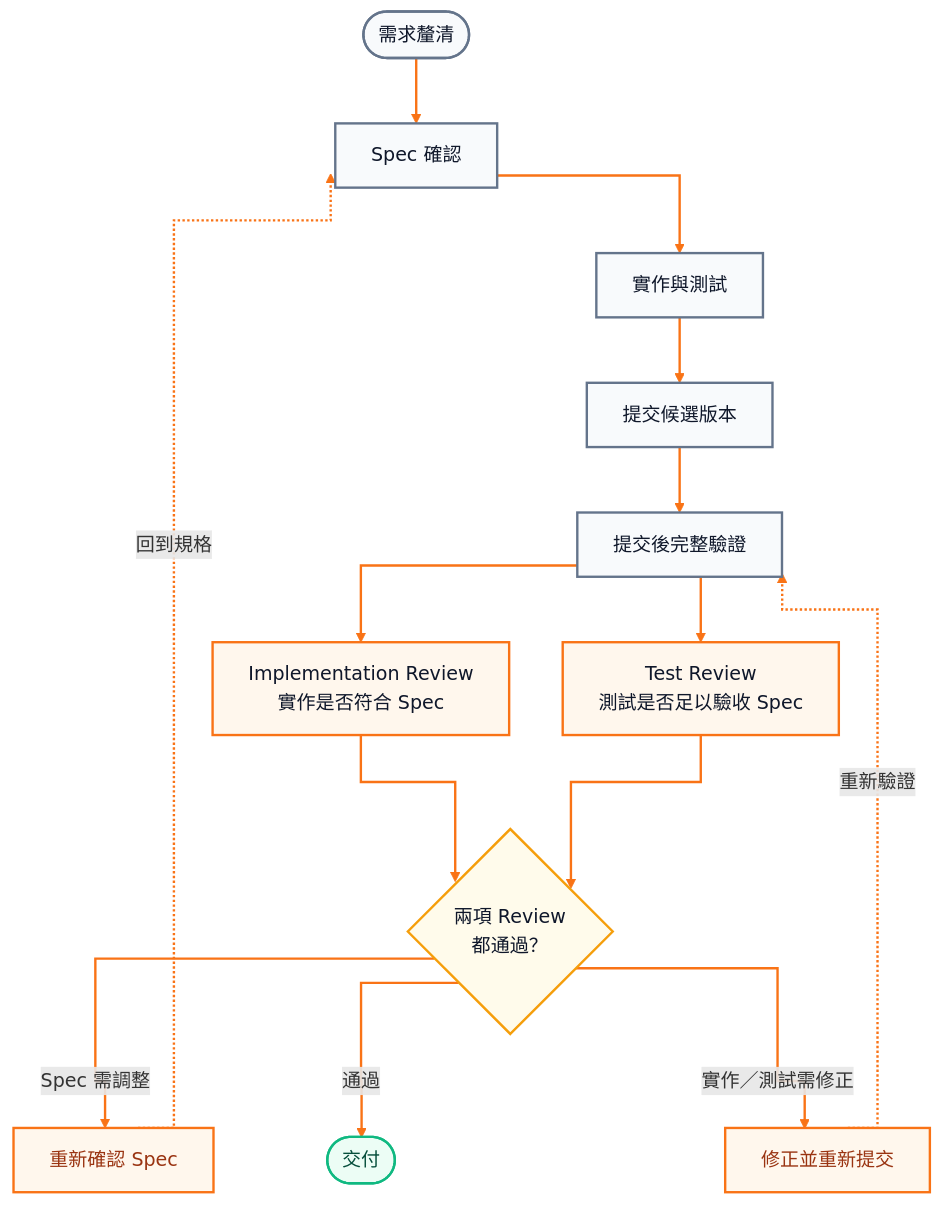
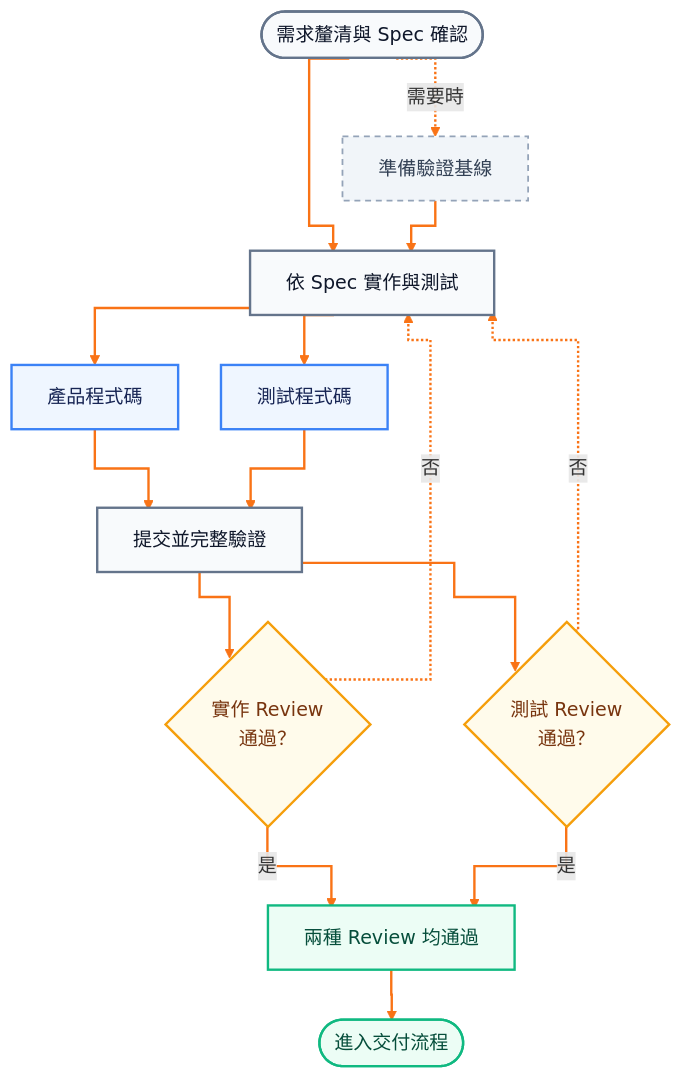
Before and after one commit to kof1016/trying-to-control-ai: the diagram in README.md, drawn with Mermaid. The commit also changed other lines of this file, not shown here.

````diff
--- a/README.md
+++ b/README.md
@@ -81,38 +25,42 @@
 ```mermaid
 %%{init: {
   "themeVariables": {
     "fontFamily": "Microsoft JhengHei, Noto Sans TC, Arial, sans-serif",
     "lineColor": "#F97316"
   },
   "flowchart": {
     "curve": "stepAfter",
-    "nodeSpacing": 45,
-    "rankSpacing": 55
+    "nodeSpacing": 36,
+    "rankSpacing": 42
   }
 }}%%
 flowchart TB
-    S([需求釐清]):::start --> P[Spec 確認]:::step
-    P --> I[實作與測試]:::step
-    I --> C[提交候選版本]:::step
-    C --> V[提交後完整驗證]:::step
+    S([需求釐清與 Spec 確認]):::start --> I[依 Spec 實作與測試]:::step
+    S -. 需要時 .-> E[準備驗證基線]:::optional
+    E --> I
 
-    V --> IR["Implementation Review<br/>實作是否符合 Spec"]:::review
-    V --> TR["Test Review<br/>測試是否足以驗收 Spec"]:::review
-    IR --> Q{"兩項 Review<br/>都通過？"}:::decision
-    TR --> Q
+    I --> C[產品程式碼]:::artifact
+    I --> T[測試程式碼]:::artifact
+    C --> V[提交並完整驗證]:::validation
+    T --> V
 
-    Q -->|Spec 需調整| SF[重新確認 Spec]:::fix
-    Q -->|通過| G([交付]):::delivery
-    Q -->|實作／測試需修正| CF[修正並重新提交]:::fix
+    V --> IR{"實作 Review<br/>通過？"}:::decision
+    V --> TR{"測試 Review<br/>通過？"}:::decision
 
-    SF -. 回到規格 .-> P
-    CF -. 重新驗證 .-> V
+    IR -->|是| OK[兩種 Review 均通過]:::passed
+    TR -->|是| OK
+    IR -. 否 .-> I
+    TR -. 否 .-> I
+
+    OK --> D([進入交付流程]):::delivery
 
     classDef start fill:#F8FAFC,stroke:#64748B,color:#0F172A,stroke-width:2px;
+    classDef optional fill:#F1F5F9,stroke:#94A3B8,color:#334155,stroke-width:1.5px,stroke-dasharray:5 4;
     classDef step fill:#F8FAFC,stroke:#64748B,color:#0F172A,stroke-width:2px;
-    classDef review fill:#FFF7ED,stroke:#F97316,color:#0F172A,stroke-width:2px;
-    classDef decision fill:#FFFBEB,stroke:#F59E0B,color:#0F172A,stroke-width:2px;
-    classDef fix fill:#FFF7ED,stroke:#F97316,color:#9A3412,stroke-width:2px;
+    classDef artifact fill:#EFF6FF,stroke:#3B82F6,color:#172554,stroke-width:2px;
+    classDef validation fill:#F8FAFC,stroke:#64748B,color:#0F172A,stroke-width:2px;
+    classDef decision fill:#FFFBEB,stroke:#F59E0B,color:#78350F,stroke-width:2px;
+    classDef passed fill:#ECFDF5,stroke:#10B981,color:#064E3B,stroke-width:2px;
     classDef delivery fill:#ECFDF5,stroke:#10B981,color:#064E3B,stroke-width:2px;
     linkStyle default stroke:#F97316,stroke-width:2px;
 ```
````
